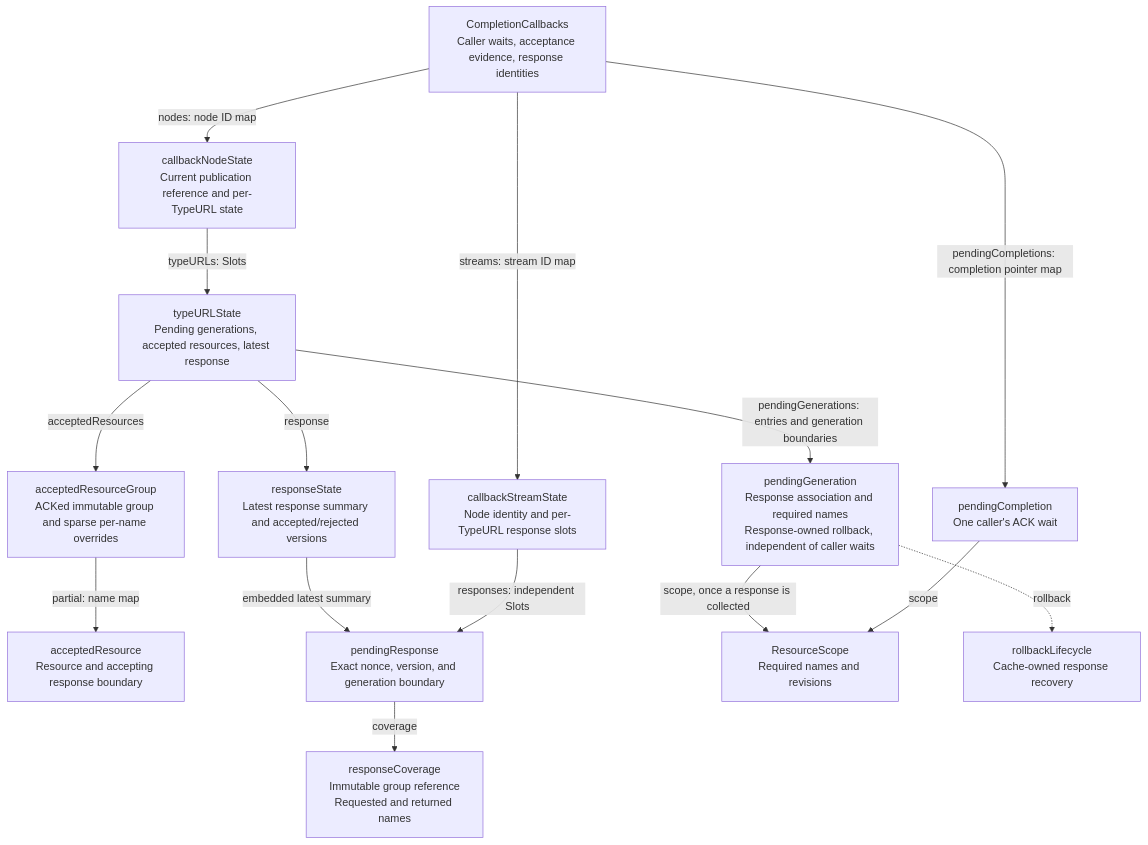
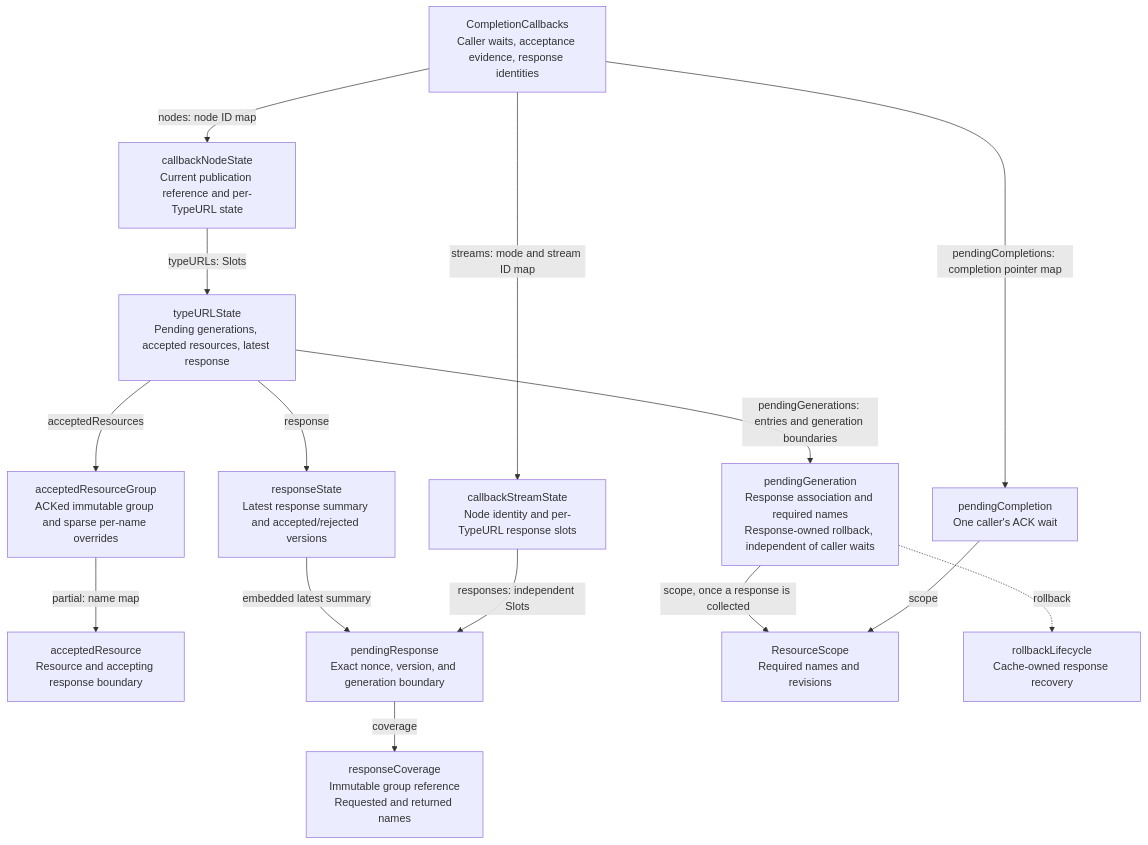
The third of 4 diagrams in pkg/envoy/xdsnew/design.md (cilium/cilium), drawn with Mermaid before and after one commit. The commit also changed other lines of this file and 17 other files, not shown here.

````diff
--- a/pkg/envoy/xdsnew/design.md
+++ b/pkg/envoy/xdsnew/design.md
@@ -263,31 +290,31 @@
 ```mermaid
 flowchart TD
     callbacks["CompletionCallbacks<br/>Caller waits, acceptance evidence, response identities"]
     node["callbackNodeState<br/>Current publication reference and per-TypeURL state"]
     types["typeURLState<br/>Pending generations, accepted resources, latest response"]
     accepted["acceptedResourceGroup<br/>ACKed immutable group and sparse per-name overrides"]
     override["acceptedResource<br/>Resource and accepting response boundary"]
     latest["responseState<br/>Latest response summary and accepted/rejected versions"]
     generation["pendingGeneration<br/>Response association and required names<br/>Response-owned rollback, independent of caller waits"]
     stream["callbackStreamState<br/>Node identity and per-TypeURL response slots"]
     response["pendingResponse<br/>Exact nonce, version, and generation boundary"]
     coverage["responseCoverage<br/>Immutable group reference<br/>Requested and returned names"]
     wait["pendingCompletion<br/>One caller's ACK wait"]
     scope["ResourceScope<br/>Required names and revisions"]
     rollback["rollbackLifecycle<br/>Cache-owned response recovery"]
 
     callbacks -->|nodes: node ID map| node
     node -->|typeURLs: Slots| types
     types -->|acceptedResources| accepted
     accepted -->|partial: name map| override
     types -->|response| latest
     latest -->|embedded latest summary| response
     types -->|pendingGenerations: entries and generation boundaries| generation
     generation -.->|rollback| rollback
     generation -->|scope, once a response is collected| scope
-    callbacks -->|streams: stream ID map| stream
+    callbacks -->|streams: mode and stream ID map| stream
     stream -->|responses: independent Slots| response
     response -->|coverage| coverage
     callbacks -->|pendingCompletions: completion pointer map| wait
     wait -->|scope| scope
 ```
````
